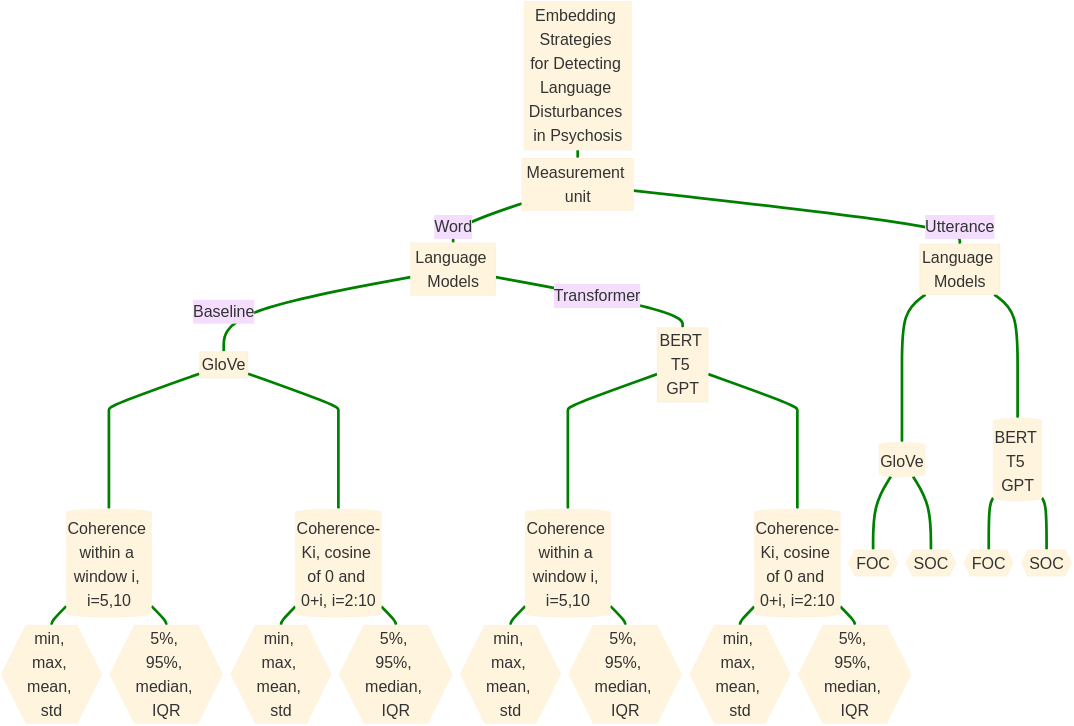
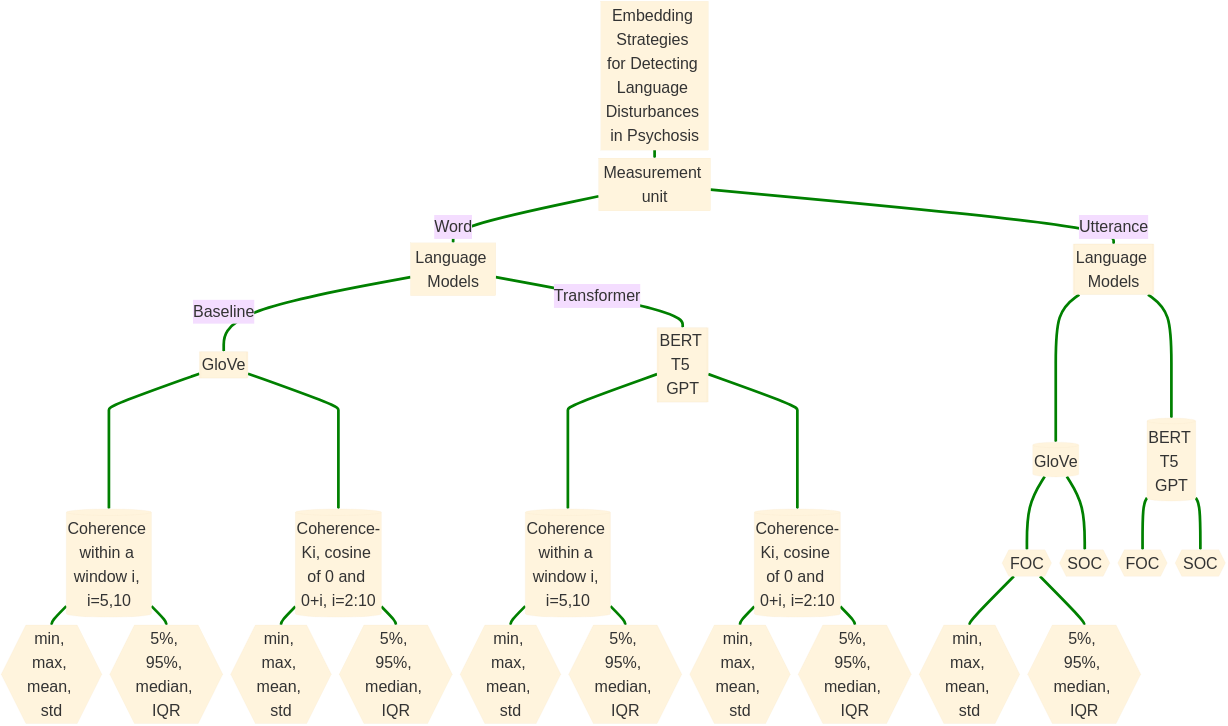
One commit to yancong222/SSD-LM-STanglab changed the first of 2 diagrams in README.md. Above: the diagram before and after it, drawn with Mermaid.

````diff
--- a/README.md
+++ b/README.md
@@ -5,50 +5,54 @@
 ```mermaid
 %%{init: {'theme': 'base', 'themeVariables': { 'fontSize': '100px'}}}%%
 flowchart TD
     A[Embedding Strategies for Detecting Language Disturbances in Psychosis] ==> B[Measurement unit]
     B == Word ==> C[Language Models]
     C == Baseline ==> D[[GloVe]] ====> G[(Coherence within a window i, i=5,10)]
     G ==> J{{min, max, mean, std}}
     G ==> K{{5%, 95%, median, IQR}}
     D ====> P[(Coherence-Ki, cosine of 0 and 0+i, i=2:10)]
     P ==> Q{{min, max, mean, std}}
     P ==> R{{5%, 95%, median, IQR}}
     C == Transformer ==> E[[BERT T5 GPT]] ====> H[(Coherence within a window i, i=5,10)]
     H ==> L{{min, max, mean, std}}
     H ==> M{{5%, 95%, median, IQR}}
     E ====> S[(Coherence-Ki, cosine of 0 and 0+i, i=2:10)]
     S ==> T{{min, max, mean, std}}
     S ==> U{{5%, 95%, median, IQR}}
     B == Utterance ==> F[[Language Models]] ====> I[(GloVe)]
     I ==> N{{FOC}}
     I ==> O{{SOC}}
+    N ==> a{{min, max, mean, std}}
+    N ==> b{{5%, 95%, median, IQR}}
     F ====> V[(BERT T5 GPT)]
     V ==> W{{FOC}}
     V ==> X{{SOC}}
     
     
     linkStyle 0 stroke-width:17px,fill:none,stroke:green;
     linkStyle 1 stroke-width:17px,fill:none,stroke:green;
     linkStyle 2 stroke-width:17px,fill:none,stroke:green;
     linkStyle 3 stroke-width:17px,fill:none,stroke:green;
     linkStyle 4 stroke-width:17px,fill:none,stroke:green;
     linkStyle 5 stroke-width:17px,fill:none,stroke:green;
     linkStyle 6 stroke-width:17px,fill:none,stroke:green;
     linkStyle 7 stroke-width:17px,fill:none,stroke:green;
     linkStyle 8 stroke-width:17px,fill:none,stroke:green;
     linkStyle 9 stroke-width:17px,fill:none,stroke:green;
     linkStyle 10 stroke-width:17px,fill:none,stroke:green;
     linkStyle 11 stroke-width:17px,fill:none,stroke:green;
     linkStyle 12 stroke-width:17px,fill:none,stroke:green;
     linkStyle 13 stroke-width:17px,fill:none,stroke:green;
     linkStyle 14 stroke-width:17px,fill:none,stroke:green;
     linkStyle 15 stroke-width:17px,fill:none,stroke:green;
     linkStyle 16 stroke-width:17px,fill:none,stroke:green;
     linkStyle 17 stroke-width:17px,fill:none,stroke:green;
     linkStyle 18 stroke-width:17px,fill:none,stroke:green;
     linkStyle 19 stroke-width:17px,fill:none,stroke:green;
     linkStyle 20 stroke-width:17px,fill:none,stroke:green;
     linkStyle 21 stroke-width:17px,fill:none,stroke:green;
     linkStyle 22 stroke-width:17px,fill:none,stroke:green;
+    linkStyle 23 stroke-width:17px,fill:none,stroke:green;
+    linkStyle 24 stroke-width:17px,fill:none,stroke:green;
     
 ```
````
